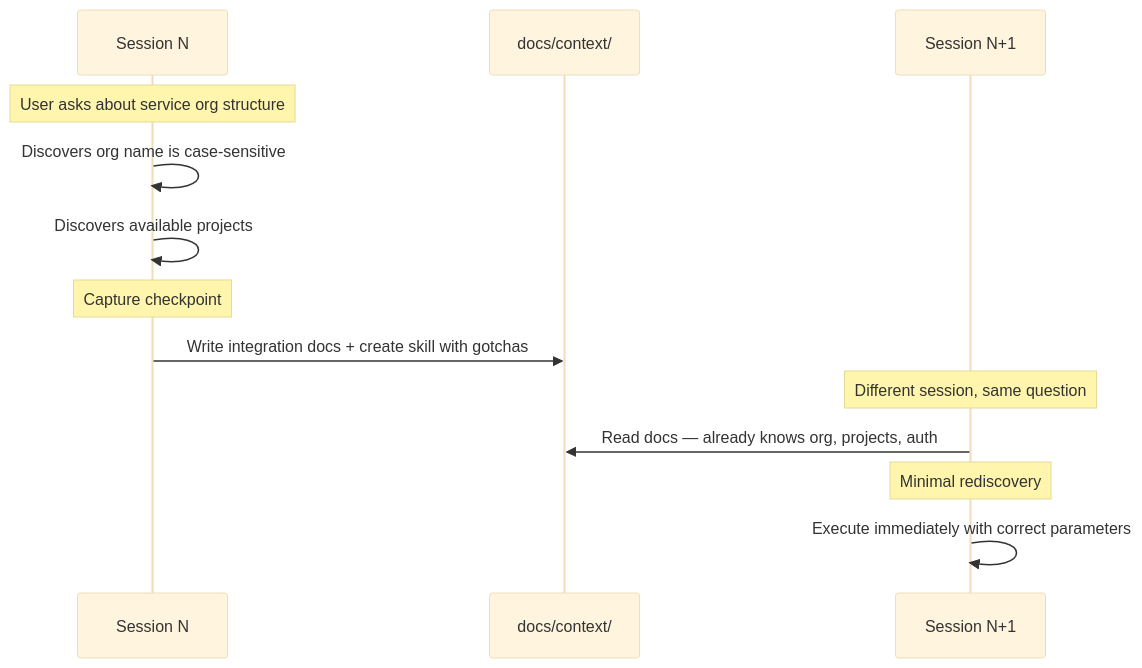
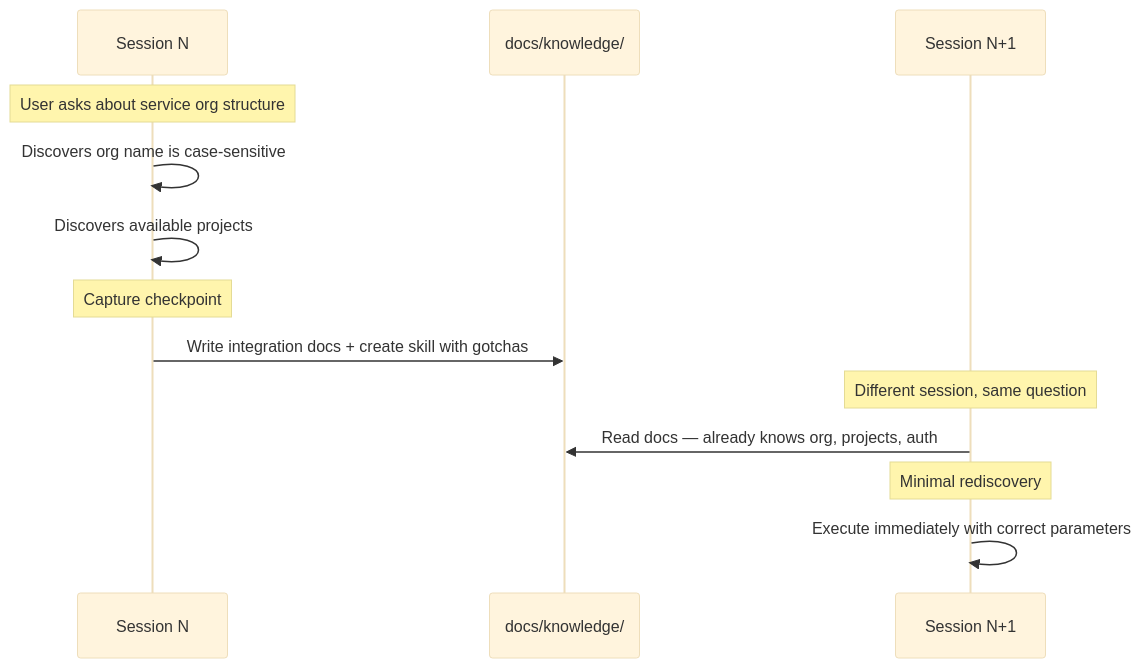
The second of 5 diagrams in docs/how-it-works.md (lorehq/lore-docs), drawn with Mermaid (base theme) before and after one commit. The commit also changed other lines of this file and 2 other files, not shown here.

First line of the commit message:
Update docs for context/knowledge split

````diff
--- a/docs/how-it-works.md
+++ b/docs/how-it-works.md
@@ -55,18 +55,18 @@
 ```mermaid
 sequenceDiagram
     participant S1 as Session N
-    participant Docs as docs/context/
+    participant Docs as docs/knowledge/
     participant S2 as Session N+1
 
     Note over S1: User asks about service org structure
     S1->>S1: Discovers org name is case-sensitive
     S1->>S1: Discovers available projects
 
     Note over S1: Capture checkpoint
     S1->>Docs: Write integration docs + create skill with gotchas
 
     Note over S2: Different session, same question
     S2->>Docs: Read docs — already knows org, projects, auth
     Note over S2: Minimal rediscovery
     S2->>S2: Execute immediately with correct parameters
 ```
````
